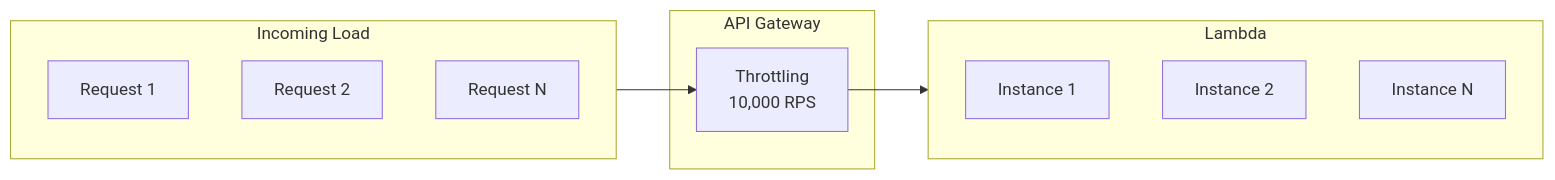
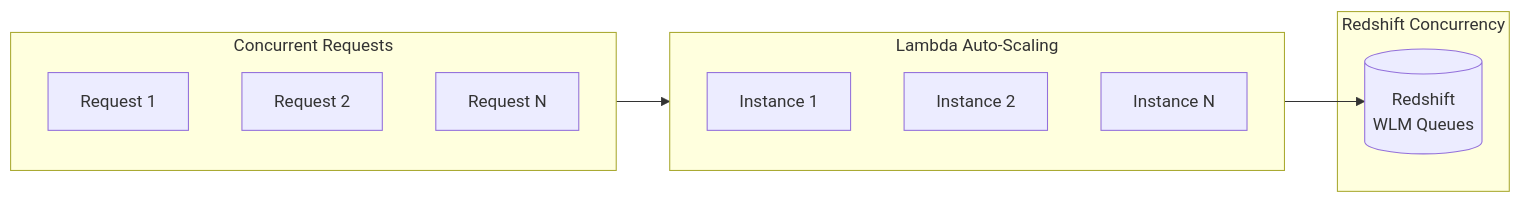
The sixth of 8 diagrams in docs/concepts/architecture.md (zhiweio/redshift-spectra), drawn with Mermaid before and after one commit. The commit also changed other lines of this file and 15 other files, not shown here.

````diff
--- a/docs/concepts/architecture.md
+++ b/docs/concepts/architecture.md
@@ -272,21 +320,21 @@
 ```mermaid
 flowchart LR
-    subgraph Load["Incoming Load"]
+    subgraph Requests["Concurrent Requests"]
         R1[Request 1]
         R2[Request 2]
         R3[Request N]
     end
     
-    subgraph Gateway["API Gateway"]
-        THROTTLE[Throttling<br/>10,000 RPS]
-    end
-    
-    subgraph Lambda["Lambda"]
+    subgraph Lambda["Lambda Auto-Scaling"]
         L1[Instance 1]
         L2[Instance 2]
         L3[Instance N]
     end
     
-    Load --> THROTTLE
-    THROTTLE --> Lambda
+    subgraph Redshift["Redshift Concurrency"]
+        RS[(Redshift<br/>WLM Queues)]
+    end
+    
+    Requests --> Lambda
+    Lambda --> RS
 ```
````
